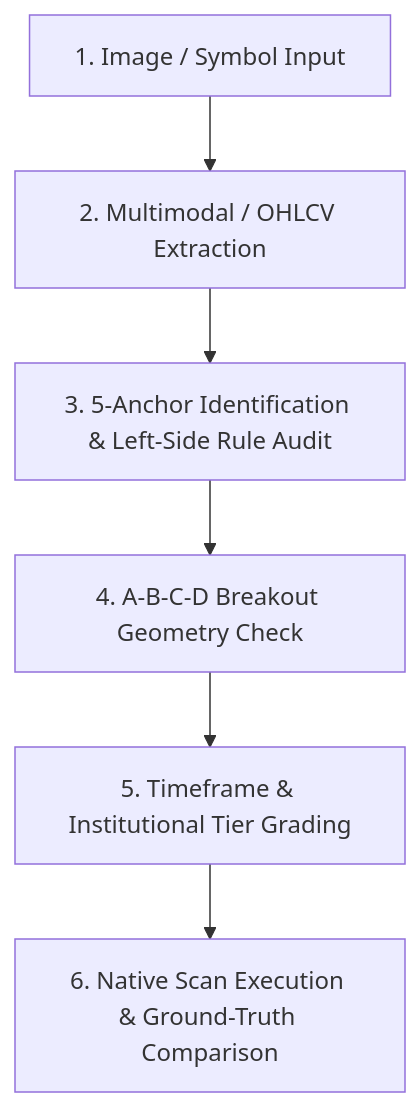
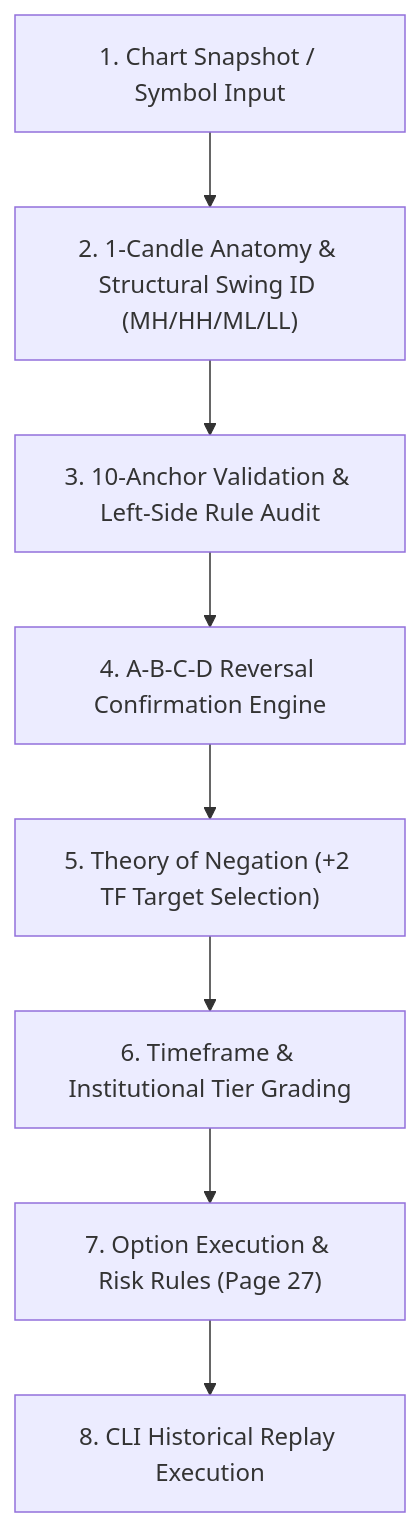
One commit to pmurugan-3dplmglobal/Price_Action_Strategy changed the diagram in .agents/skills/datta-price-action-validator/SKILL.md. Above: the diagram before and after it, drawn with Mermaid. The commit also changed other lines of this file and 2 other files, not shown here.

Commit message:
docs(skills): merge 33-page Master Price Action Blueprint into datta validator skill

````diff
--- a/.agents/skills/datta-price-action-validator/SKILL.md
+++ b/.agents/skills/datta-price-action-validator/SKILL.md
@@ -19,8 +19,10 @@
 ```mermaid
 flowchart TD
-    A["1. Image / Symbol Input"] --> B["2. Multimodal / OHLCV Extraction"]
-    B --> C["3. 5-Anchor Identification & Left-Side Rule Audit"]
-    C --> D["4. A-B-C-D Breakout Geometry Check"]
-    D --> E["5. Timeframe & Institutional Tier Grading"]
-    E --> F["6. Native Scan Execution & Ground-Truth Comparison"]
+    A["1. Chart Snapshot / Symbol Input"] --> B["2. 1-Candle Anatomy & Structural Swing ID (MH/HH/ML/LL)"]
+    B --> C["3. 10-Anchor Validation & Left-Side Rule Audit"]
+    C --> D["4. A-B-C-D Reversal Confirmation Engine"]
+    D --> E["5. Theory of Negation (+2 TF Target Selection)"]
+    E --> F["6. Timeframe & Institutional Tier Grading"]
+    F --> G["7. Option Execution & Risk Rules (Page 27)"]
+    G --> H["8. CLI Historical Replay Execution"]
 ```
````
